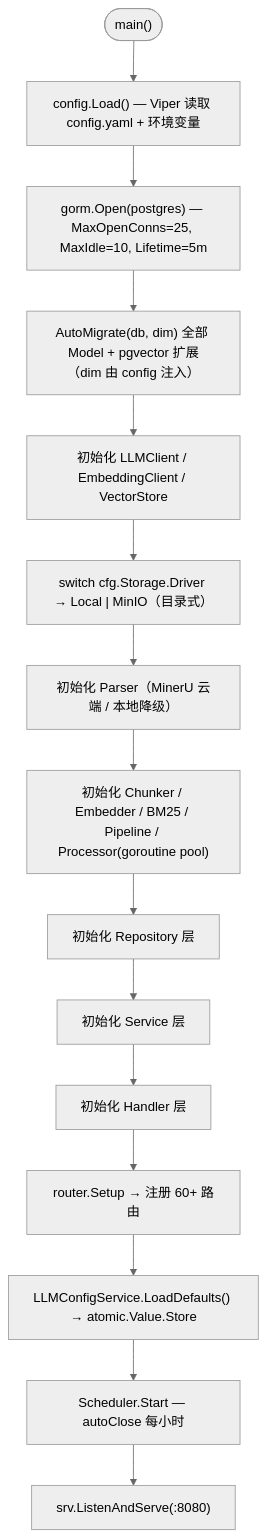
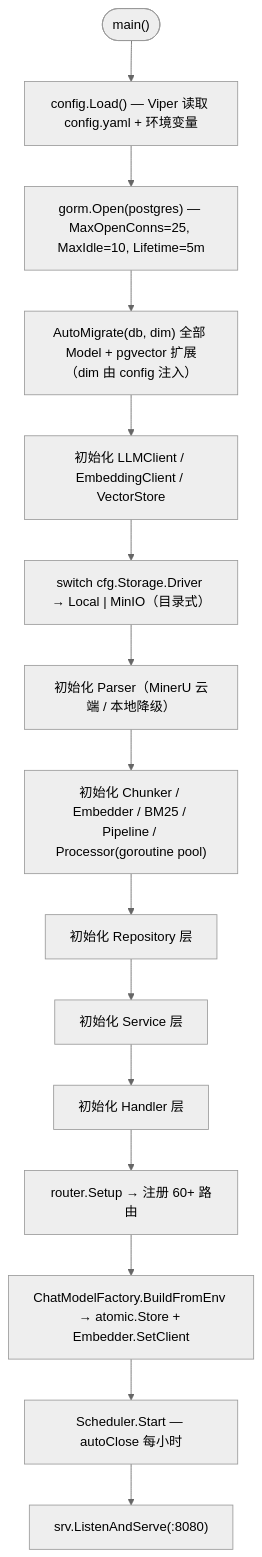
The third of 11 diagrams in docs/TECH.md (int2t05/Cognik), drawn with Mermaid (neutral theme) before and after one commit. The commit also changed other lines of this file and 33 other files, not shown here.

````diff
--- a/docs/TECH.md
+++ b/docs/TECH.md
@@ -87,17 +87,17 @@
 ```mermaid
 flowchart TB
     Start(["main()"]) --> Cfg["config.Load() — Viper 读取 config.yaml + 环境变量"]
     Cfg --> DB["gorm.Open(postgres) — MaxOpenConns=25, MaxIdle=10, Lifetime=5m"]
     DB --> Migrate["AutoMigrate(db, dim) 全部 Model + pgvector 扩展（dim 由 config 注入）"]
     Migrate --> Adapters["初始化 LLMClient / EmbeddingClient / VectorStore"]
     Adapters --> Storage["switch cfg.Storage.Driver → Local | MinIO（目录式）"]
     Storage --> ParserInit["初始化 Parser（MinerU 云端 / 本地降级）"]
     ParserInit --> RAGInit["初始化 Chunker / Embedder / BM25 / Pipeline / Processor(goroutine pool)"]
     RAGInit --> Repos["初始化 Repository 层"]
     Repos --> Services["初始化 Service 层"]
     Services --> Handlers["初始化 Handler 层"]
     Handlers --> Router["router.Setup → 注册 60+ 路由"]
-    Router --> Warmup["LLMConfigService.LoadDefaults() → atomic.Value.Store"]
+    Router --> Warmup["ChatModelFactory.BuildFromEnv → atomic.Store + Embedder.SetClient"]
     Warmup --> Scheduler["Scheduler.Start — autoClose 每小时"]
     Scheduler --> Listen["srv.ListenAndServe(:8080)"]
 ```
````
